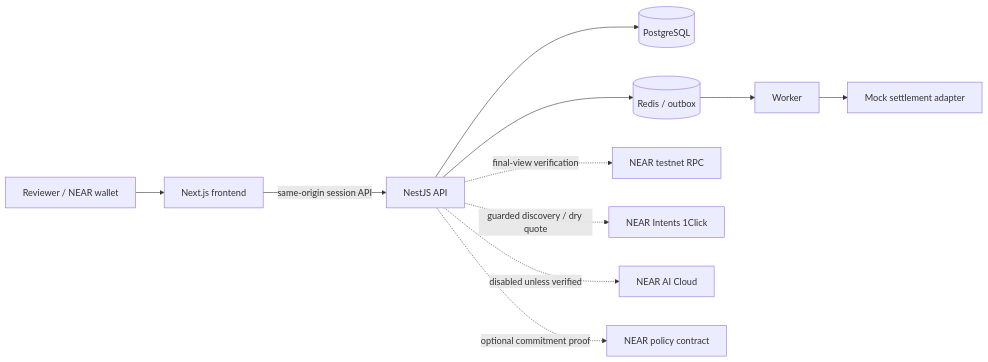
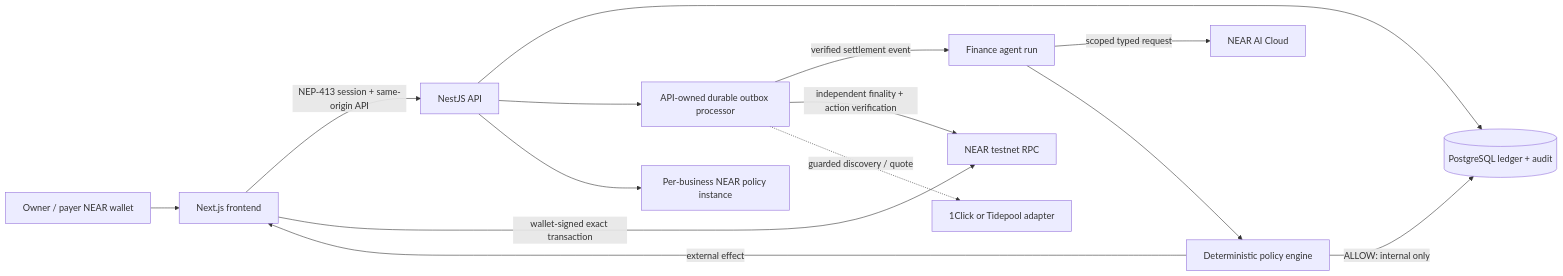
Before and after one commit to 7maylord/coffer: the diagram in docs/demo-script.md, drawn with Mermaid. The commit also changed other lines of this file and 11 other files, not shown here.

````diff
--- a/docs/demo-script.md
+++ b/docs/demo-script.md
@@ -9,13 +27,16 @@
 ```mermaid
 flowchart LR
-  U[Reviewer / NEAR wallet] --> W[Next.js frontend]
-  W -->|same-origin session API| A[NestJS API]
-  A --> D[(PostgreSQL)]
-  A --> R[(Redis / outbox)]
-  R --> K[Worker]
-  K --> M[Mock settlement adapter]
-  A -. final-view verification .-> N[NEAR testnet RPC]
-  A -. guarded discovery / dry quote .-> I[NEAR Intents 1Click]
-  A -. disabled unless verified .-> C[NEAR AI Cloud]
-  A -. optional commitment proof .-> P[NEAR policy contract]
+  U[Owner / payer NEAR wallet] --> W[Next.js frontend]
+  W -->|NEP-413 session + same-origin API| A[NestJS API]
+  A --> D[(PostgreSQL ledger + audit)]
+  A --> O[API-owned durable outbox processor]
+  O -->|verified settlement event| F[Finance agent run]
+  F -->|scoped typed request| N[NEAR AI Cloud]
+  F --> E[Deterministic policy engine]
+  E -->|ALLOW: internal only| D
+  E -->|external effect| W
+  W -->|wallet-signed exact transaction| R[NEAR testnet RPC]
+  O -->|independent finality + action verification| R
+  A --> P[Per-business NEAR policy instance]
+  O -. guarded discovery / quote .-> I[1Click or Tidepool adapter]
 ```
````
